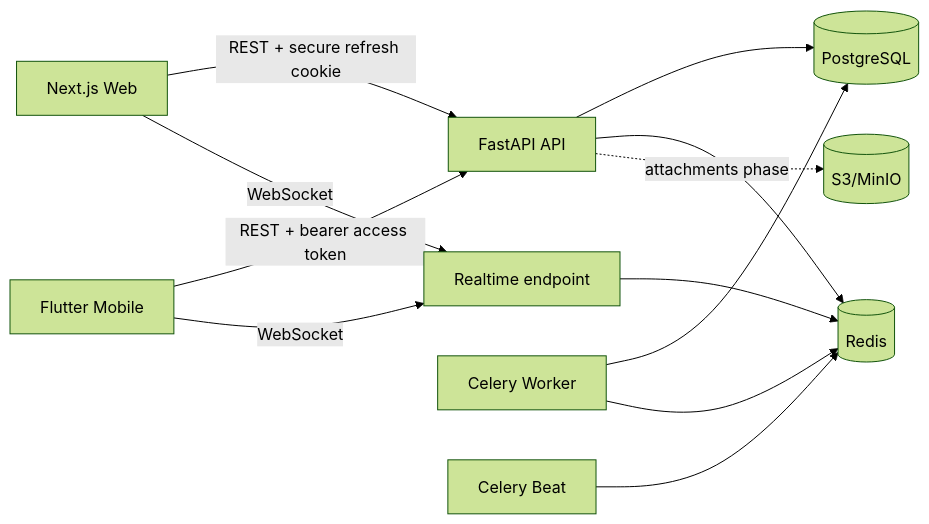
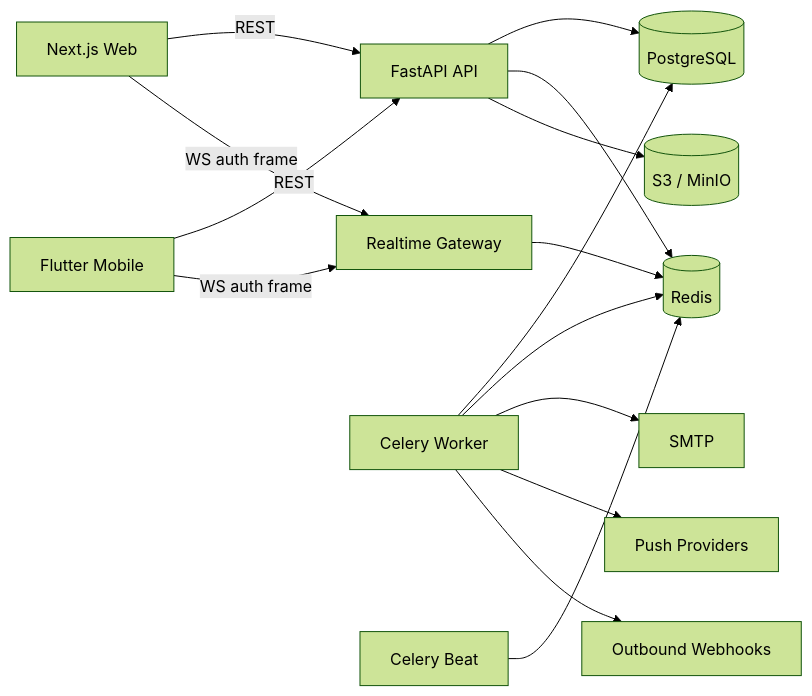
The diagram in docs/ARCHITECTURE.md (The-Null-Catchers/TaskPilot), drawn with Mermaid (forest theme) before and after one commit. The commit also changed other lines of this file and 3 other files, not shown here.

````diff
--- a/docs/ARCHITECTURE.md
+++ b/docs/ARCHITECTURE.md
@@ -5,14 +7,20 @@
 ```mermaid
 flowchart LR
-  W[Next.js Web] -->|REST + secure refresh cookie| A[FastAPI API]
-  M[Flutter Mobile] -->|REST + bearer access token| A
-  M -->|WebSocket| R[Realtime endpoint]
-  W -->|WebSocket| R
+  W[Next.js Web] -->|REST| A[FastAPI API]
+  M[Flutter Mobile] -->|REST| A
+
+  W -->|WS auth frame| R[Realtime Gateway]
+  M -->|WS auth frame| R
+
   A --> P[(PostgreSQL)]
   A --> X[(Redis)]
+  A --> O[(S3 / MinIO)]
   R --> X
+
   C[Celery Worker] --> P
   C --> X
+  C --> E[SMTP]
+  C --> N[Push Providers]
+  C --> H[Outbound Webhooks]
   B[Celery Beat] --> X
-  A -. attachments phase .-> O[(S3/MinIO)]
 ```
````
